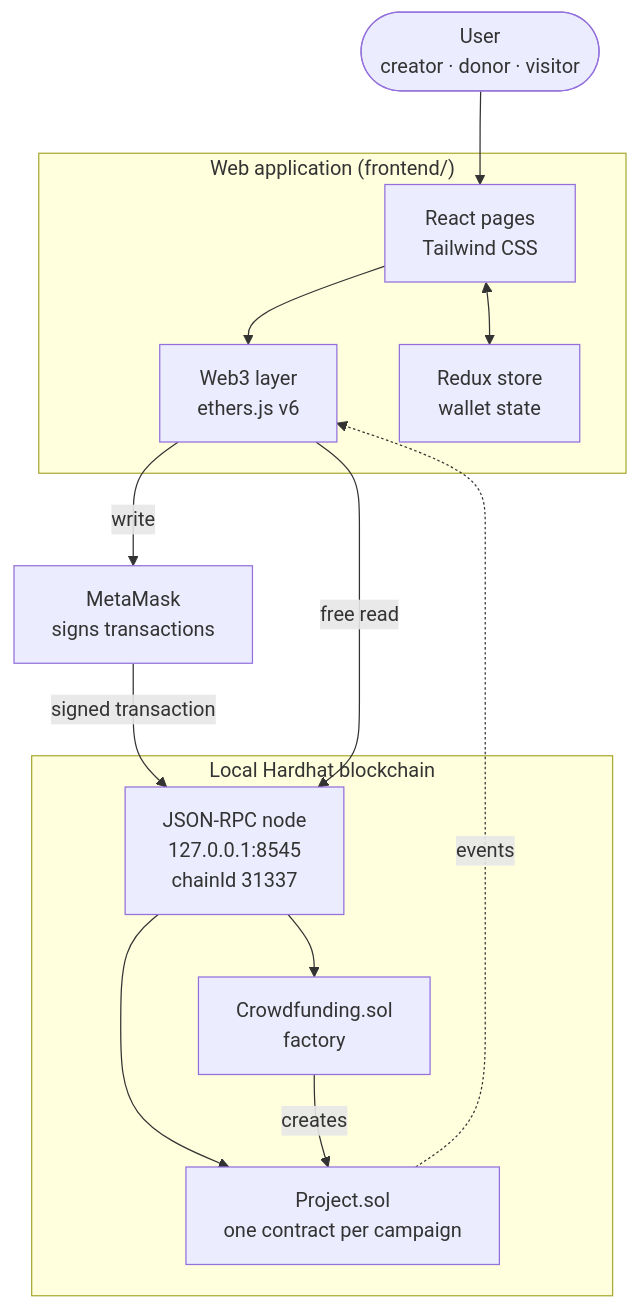
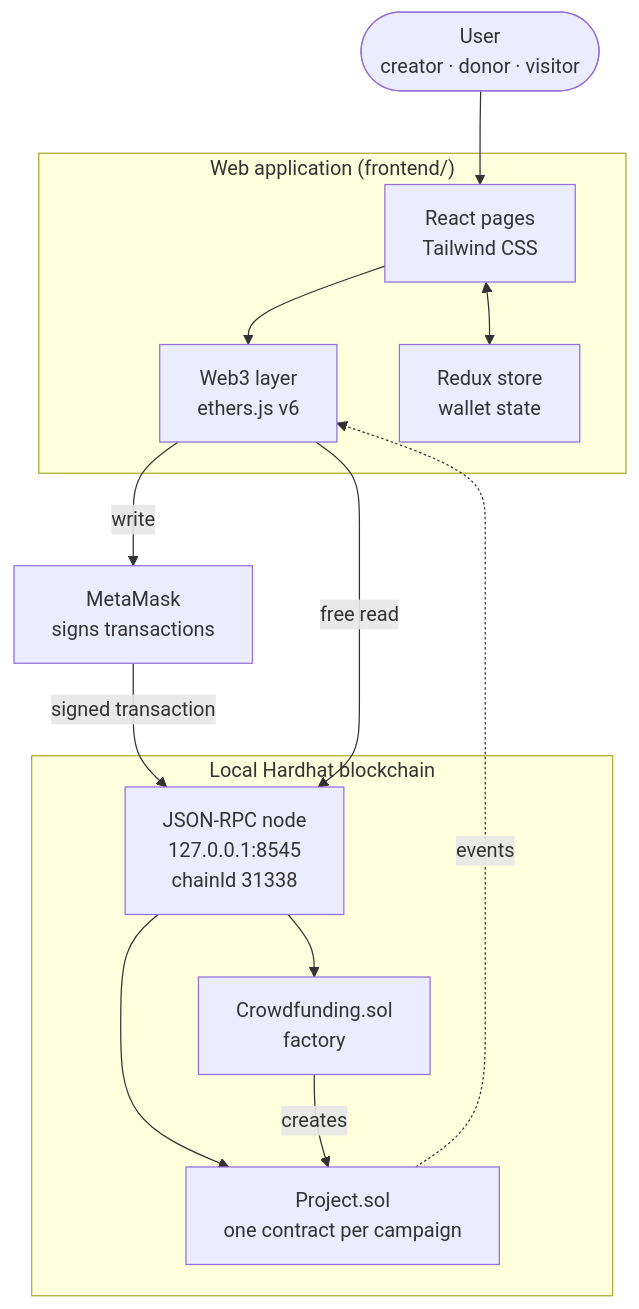
One commit to Chaksterr/Crowdfunding-blockchain changed the first of 3 diagrams in README.en.md. Above: the diagram before and after it, drawn with Mermaid. The commit also changed other lines of this file and 27 other files, not shown here.

````diff
--- a/README.en.md
+++ b/README.en.md
@@ -43,29 +43,29 @@
 ```mermaid
 flowchart TB
     U(["User<br/>creator · donor · visitor"])
 
     subgraph WEB["Web application (frontend/)"]
         UI["React pages<br/>Tailwind CSS"]
         W3["Web3 layer<br/>ethers.js v6"]
         ST["Redux store<br/>wallet state"]
     end
 
     MM["MetaMask<br/>signs transactions"]
 
     subgraph CHAIN["Local Hardhat blockchain"]
-        RPC["JSON-RPC node<br/>127.0.0.1:8545<br/>chainId 31337"]
+        RPC["JSON-RPC node<br/>127.0.0.1:8545<br/>chainId 31338"]
         F["Crowdfunding.sol<br/>factory"]
         P["Project.sol<br/>one contract per campaign"]
     end
 
     U --> UI
     UI --> W3
     UI <--> ST
     W3 -- "write" --> MM
     MM -- "signed transaction" --> RPC
     W3 -- "free read" --> RPC
     RPC --> F
     RPC --> P
     F -- "creates" --> P
     P -. "events" .-> W3
 ```
````
